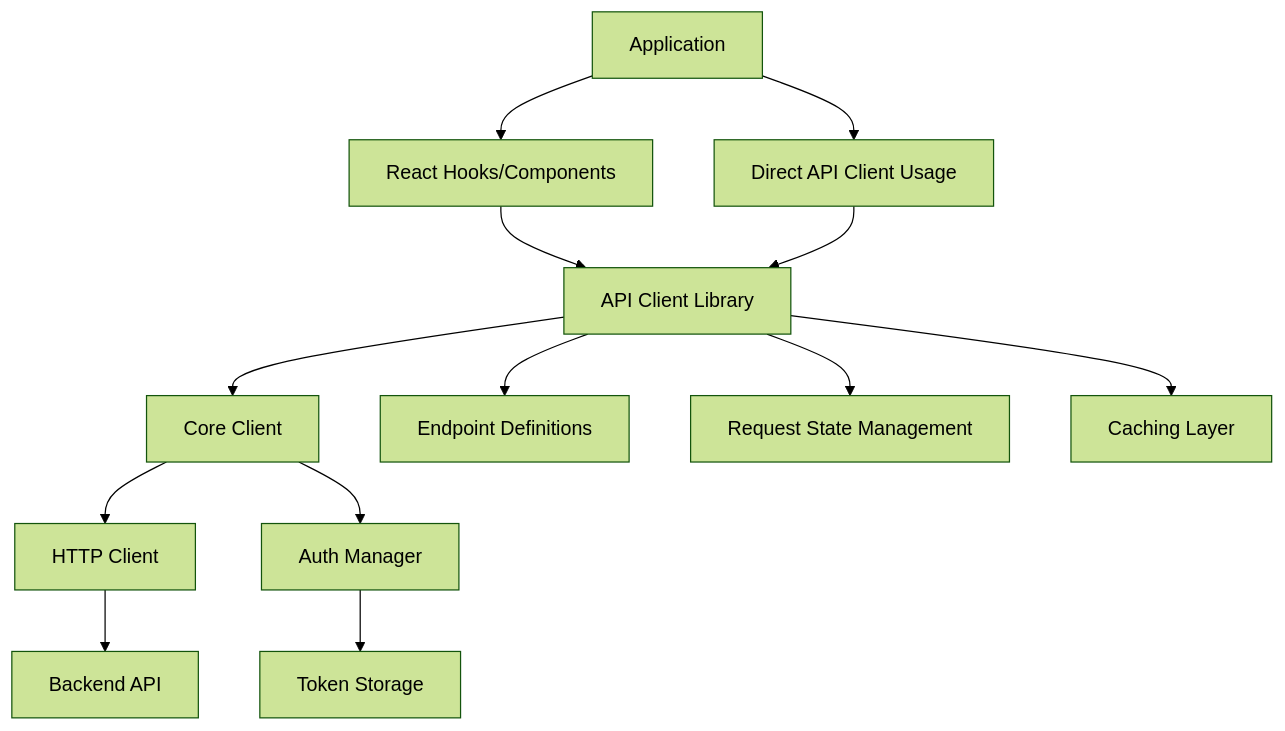
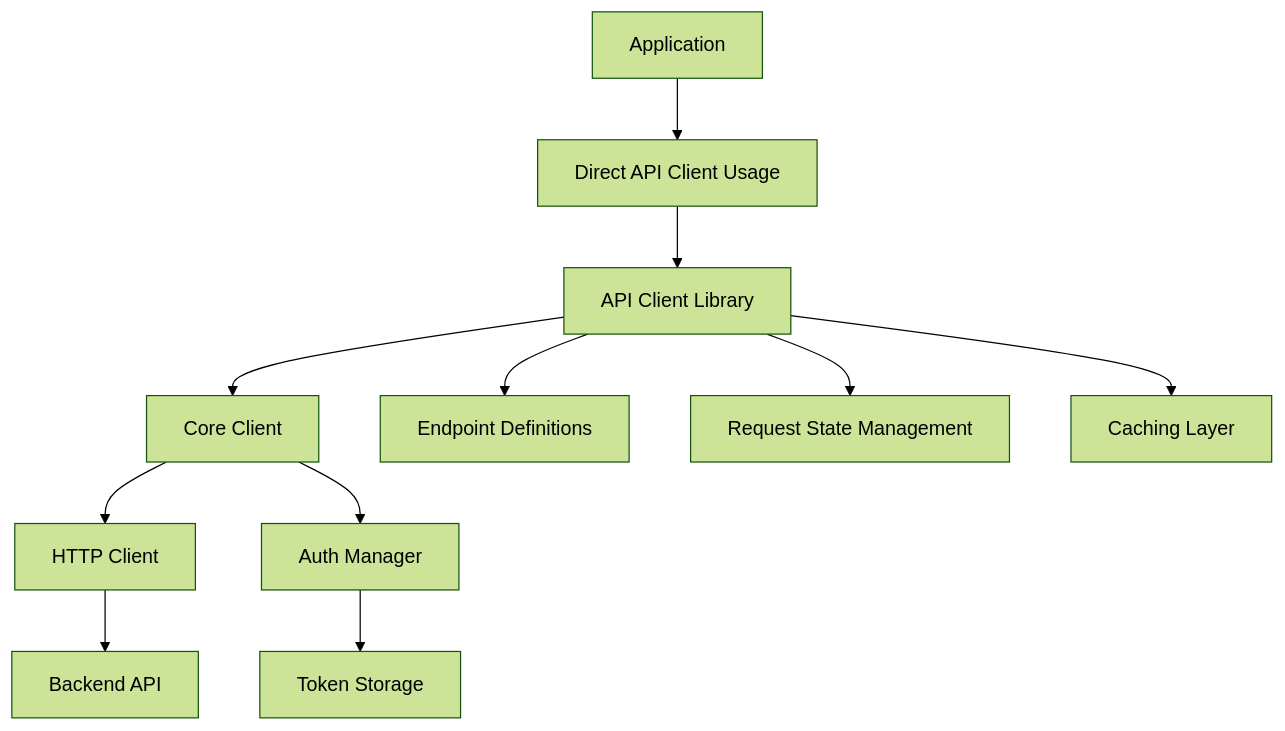
One commit to yfernandes/Preceptoria changed the first of 2 diagrams in .kiro/specs/api-client-library/design.md. Above: the diagram before and after it, drawn with Mermaid (forest theme). The commit also changed other lines of this file and 10 other files, not shown here.

Commit message:
Refactor API client library design and requirements; remove React integration hooks from initial version, update documentation, and add comprehensive tests for core components.

````diff
--- a/.kiro/specs/api-client-library/design.md
+++ b/.kiro/specs/api-client-library/design.md
@@ -19,15 +20,13 @@
 ```mermaid
 graph TD
-    A[Application] --> B[React Hooks/Components]
-    A --> C[Direct API Client Usage]
-    B --> D[API Client Library]
-    C --> D
+    A[Application] --> C[Direct API Client Usage]
+    C --> D[API Client Library]
     D --> E[Core Client]
     D --> F[Endpoint Definitions]
     D --> G[Request State Management]
     D --> H[Caching Layer]
     E --> I[HTTP Client]
     E --> J[Auth Manager]
     I --> K[Backend API]
     J --> L[Token Storage]
 ```
````
